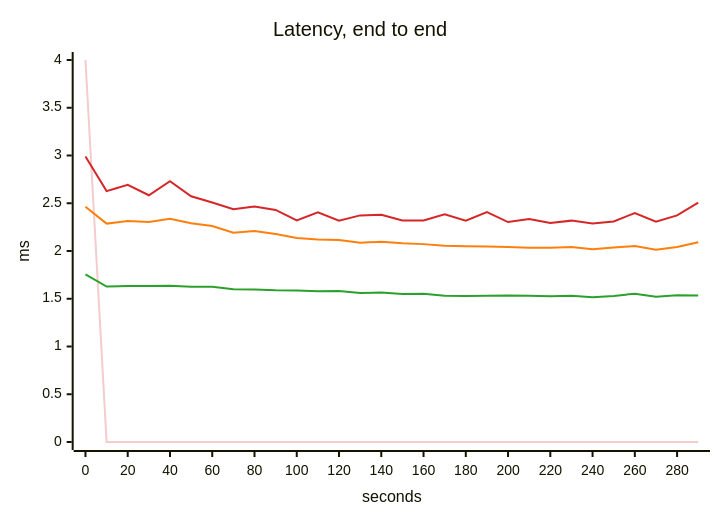
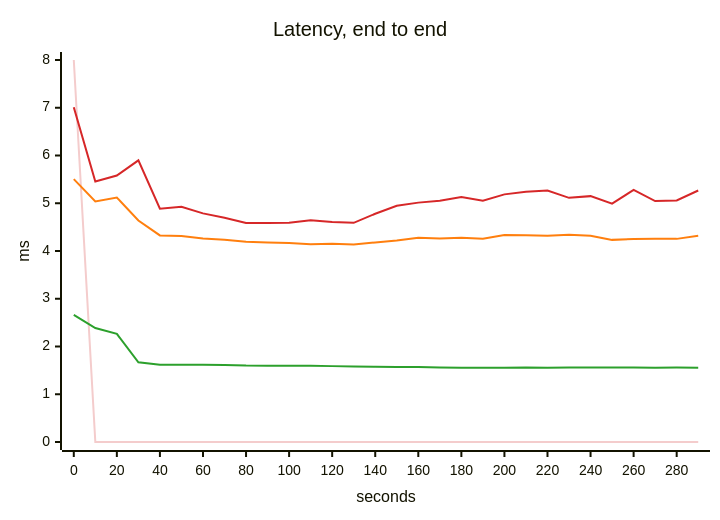
The third of 5 diagrams in scenarios/backed-up-queue/solutions/more-runners/report.md (akinfemi/load-lore), drawn with Mermaid before and after one commit. The commit also changed other lines of this file and 125 other files, not shown here.

````diff
--- a/scenarios/backed-up-queue/solutions/more-runners/report.md
+++ b/scenarios/backed-up-queue/solutions/more-runners/report.md
@@ -62,17 +61,17 @@
 ```mermaid
 ---
 config:
   themeVariables:
     xyChart:
       backgroundColor: "transparent"
       plotColorPalette: "#f4cccc, #2ca02c, #ff7f0e, #d62728"
 ---
 xychart-beta
     title "Latency, end to end"
     x-axis "seconds" 0 --> 290
-    y-axis "ms" 0 --> 4
-    line [4, 0, 0, 0, 0, 0, 0, 0, 0, 0, 0, 0, 0, 0, 0, 0, 0, 0, 0, 0, 0, 0, 0, 0, 0, 0, 0, 0, 0, 0]
-    line [1.755, 1.628, 1.634, 1.633, 1.637, 1.625, 1.625, 1.6, 1.596, 1.589, 1.587, 1.578, 1.582, 1.561, 1.565, 1.549, 1.552, 1.532, 1.53, 1.531, 1.534, 1.531, 1.526, 1.532, 1.515, 1.53, 1.553, 1.521, 1.536, 1.533]
-    line [2.464, 2.287, 2.315, 2.304, 2.337, 2.29, 2.261, 2.191, 2.21, 2.177, 2.137, 2.12, 2.116, 2.086, 2.097, 2.081, 2.072, 2.055, 2.049, 2.046, 2.041, 2.035, 2.034, 2.041, 2.019, 2.037, 2.052, 2.013, 2.043, 2.092]
-    line [2.99, 2.627, 2.693, 2.584, 2.73, 2.573, 2.507, 2.437, 2.465, 2.43, 2.32, 2.406, 2.318, 2.373, 2.379, 2.32, 2.32, 2.384, 2.317, 2.407, 2.303, 2.336, 2.294, 2.318, 2.289, 2.309, 2.398, 2.306, 2.373, 2.506]
+    y-axis "ms" 0 --> 8
+    line [8, 0, 0, 0, 0, 0, 0, 0, 0, 0, 0, 0, 0, 0, 0, 0, 0, 0, 0, 0, 0, 0, 0, 0, 0, 0, 0, 0, 0, 0]
+    line [2.663, 2.386, 2.265, 1.669, 1.62, 1.619, 1.618, 1.613, 1.601, 1.599, 1.598, 1.596, 1.589, 1.583, 1.574, 1.572, 1.569, 1.562, 1.555, 1.555, 1.555, 1.56, 1.554, 1.56, 1.559, 1.559, 1.56, 1.555, 1.56, 1.557]
+    line [5.505, 5.039, 5.121, 4.638, 4.326, 4.316, 4.26, 4.237, 4.192, 4.18, 4.17, 4.141, 4.152, 4.138, 4.178, 4.221, 4.278, 4.26, 4.277, 4.255, 4.336, 4.332, 4.318, 4.338, 4.32, 4.233, 4.252, 4.255, 4.254, 4.317]
+    line [7.009, 5.454, 5.58, 5.899, 4.886, 4.928, 4.788, 4.698, 4.586, 4.584, 4.592, 4.642, 4.605, 4.59, 4.781, 4.948, 5.013, 5.054, 5.132, 5.051, 5.186, 5.241, 5.266, 5.113, 5.149, 4.992, 5.278, 5.045, 5.057, 5.267]
 ```
````
